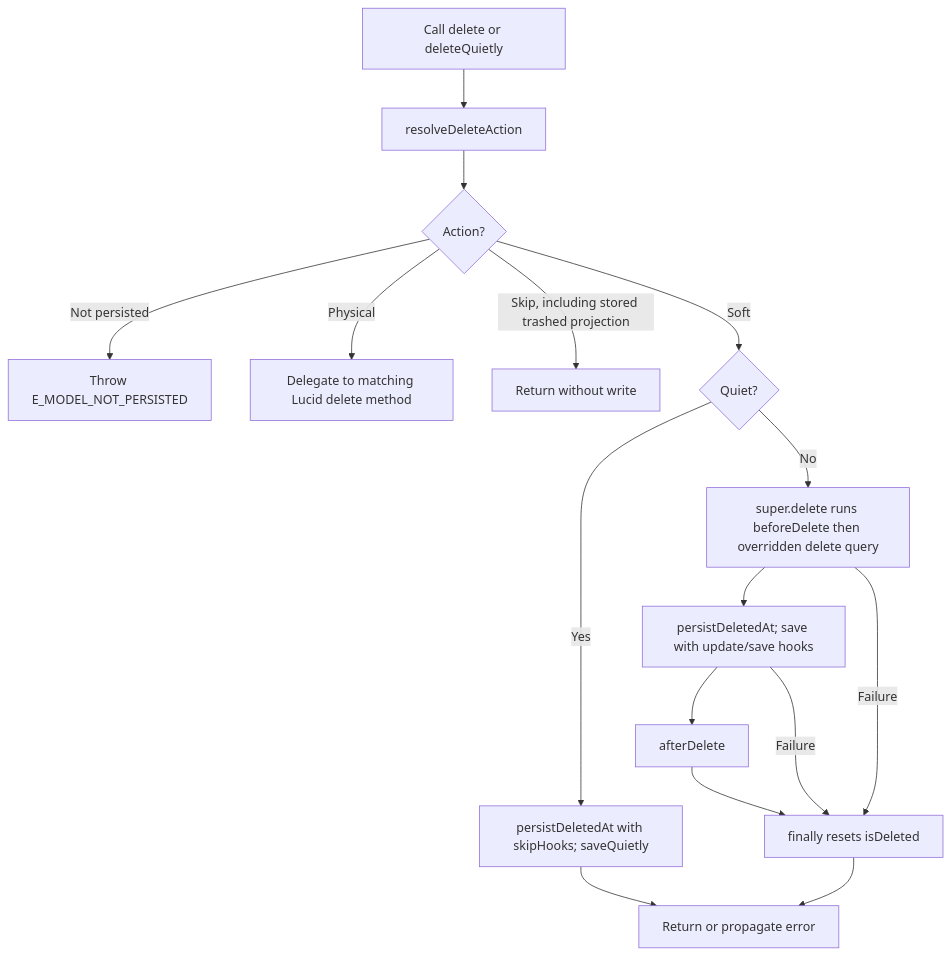
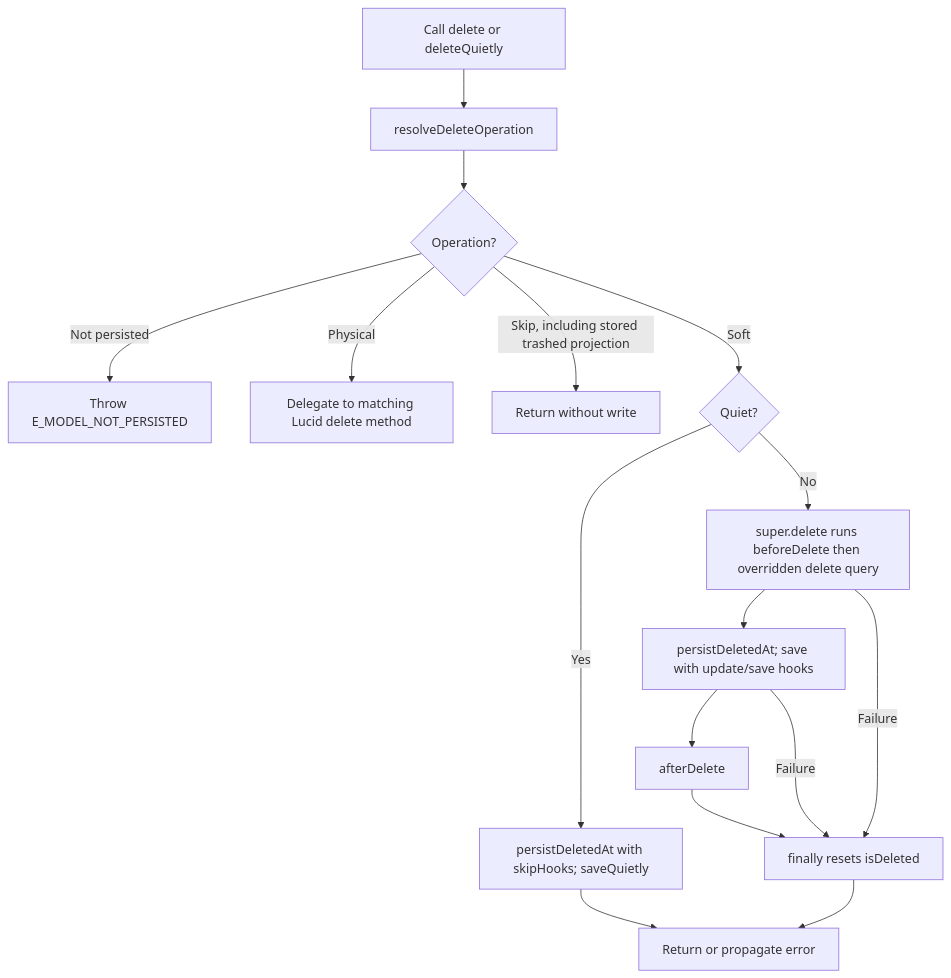
The second of 2 diagrams in user-stories/soft-delete-instance/us-app-01-soft-delete-instance.md (Kevinjohn/oss-adonisjs-lucid-soft-delete), drawn with Mermaid before and after one commit. The commit also changed other lines of this file and 5 other files, not shown here.

````diff
--- a/user-stories/soft-delete-instance/us-app-01-soft-delete-instance.md
+++ b/user-stories/soft-delete-instance/us-app-01-soft-delete-instance.md
@@ -38,12 +38,12 @@
 ```mermaid
 flowchart TD
-    A["Call delete or deleteQuietly"] --> B["resolveDeleteAction"] --> C{"Action?"}
+    A["Call delete or deleteQuietly"] --> B["resolveDeleteOperation"] --> C{"Operation?"}
     C -->|Not persisted| D["Throw E_MODEL_NOT_PERSISTED"]
     C -->|Physical| E["Delegate to matching Lucid delete method"]
     C -->|Skip, including stored trashed projection| F["Return without write"]
     C -->|Soft| G{"Quiet?"}
     G -->|Yes| H["persistDeletedAt with skipHooks; saveQuietly"] --> I["Return or propagate error"]
     G -->|No| J["super.delete runs beforeDelete then overridden delete query"] --> K["persistDeletedAt; save with update/save hooks"] --> L["afterDelete"] --> M["finally resets isDeleted"] --> I
     J -->|Failure| M
     K -->|Failure| M
 ```
````
